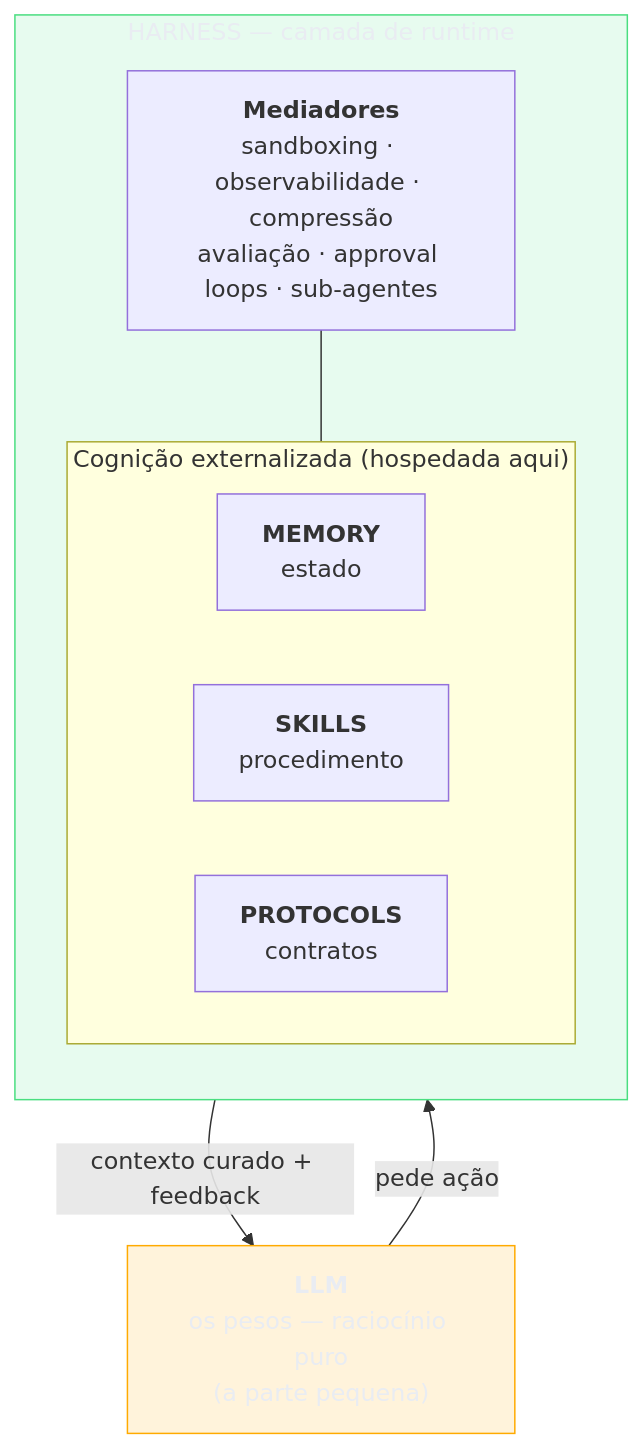
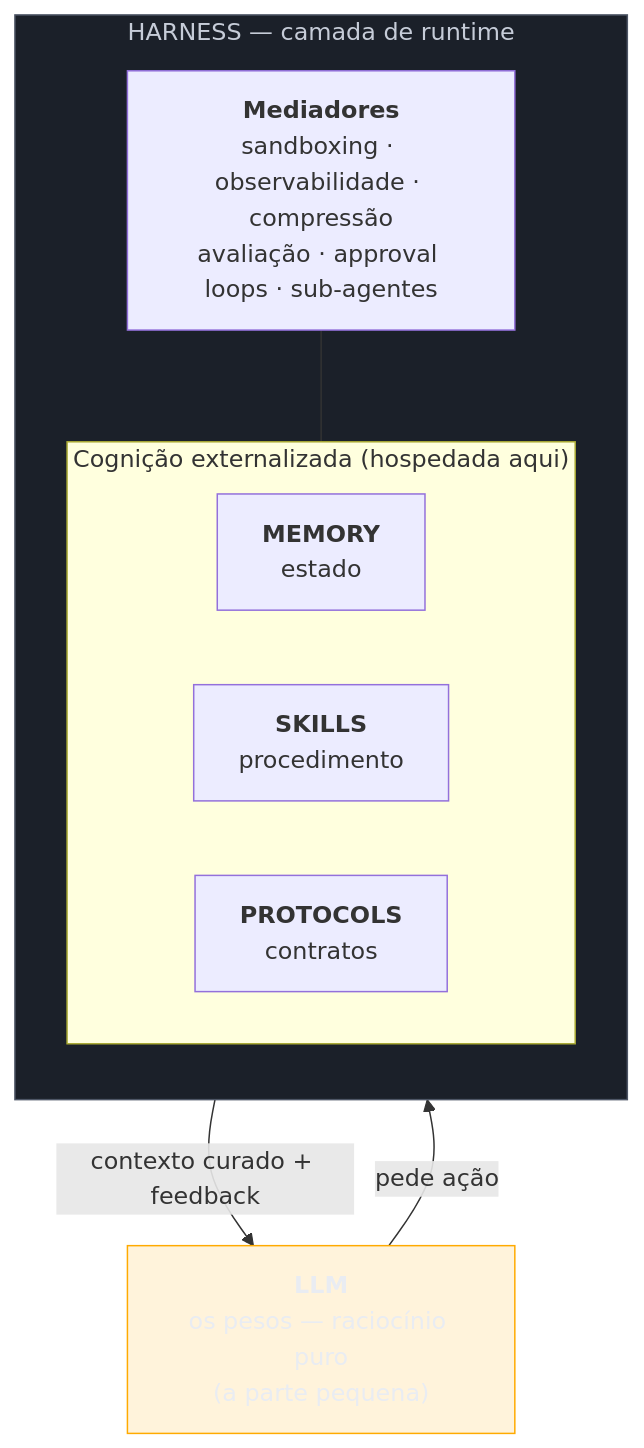
The second of 4 diagrams in 03-Dominios/Tecnologia/IA/Anatomia de Agents/11 - Harness engineering — a terceira camada.md (josenaldo/codex-technomanticus), drawn with Mermaid before and after one commit. The commit also changed other lines of this file and 601 other files, not shown here.

````diff
--- a/03-Dominios/Tecnologia/IA/Anatomia de Agents/11 - Harness engineering — a terceira camada.md
+++ b/03-Dominios/Tecnologia/IA/Anatomia de Agents/11 - Harness engineering — a terceira camada.md
@@ -75,21 +75,21 @@
 ```mermaid
 graph TB
-    classDef ok fill:#4ADE8021,stroke:#4ADE80,color:#E9ECF2
+    classDef neutro fill:#1B2029,stroke:#4E5666,color:#C6CCD8
     classDef destaque fill:#FFAA0024,stroke:#FFAA00,color:#E9ECF2
     LLM["<b>LLM</b><br/>os pesos — raciocínio puro<br/>(a parte pequena)"]
     subgraph HARNESS["HARNESS — camada de runtime"]
         direction TB
         MED["<b>Mediadores</b><br/>sandboxing · observabilidade · compressão<br/>avaliação · approval loops · sub-agentes"]
         subgraph EXT["Cognição externalizada (hospedada aqui)"]
             direction LR
             M["<b>MEMORY</b><br/>estado"]
             S["<b>SKILLS</b><br/>procedimento"]
             P["<b>PROTOCOLS</b><br/>contratos"]
         end
         MED --- EXT
     end
     LLM -->|"pede ação"| HARNESS
     HARNESS -->|"contexto curado + feedback"| LLM
-    class HARNESS ok
+    class HARNESS neutro
     class LLM destaque
 ```
````
